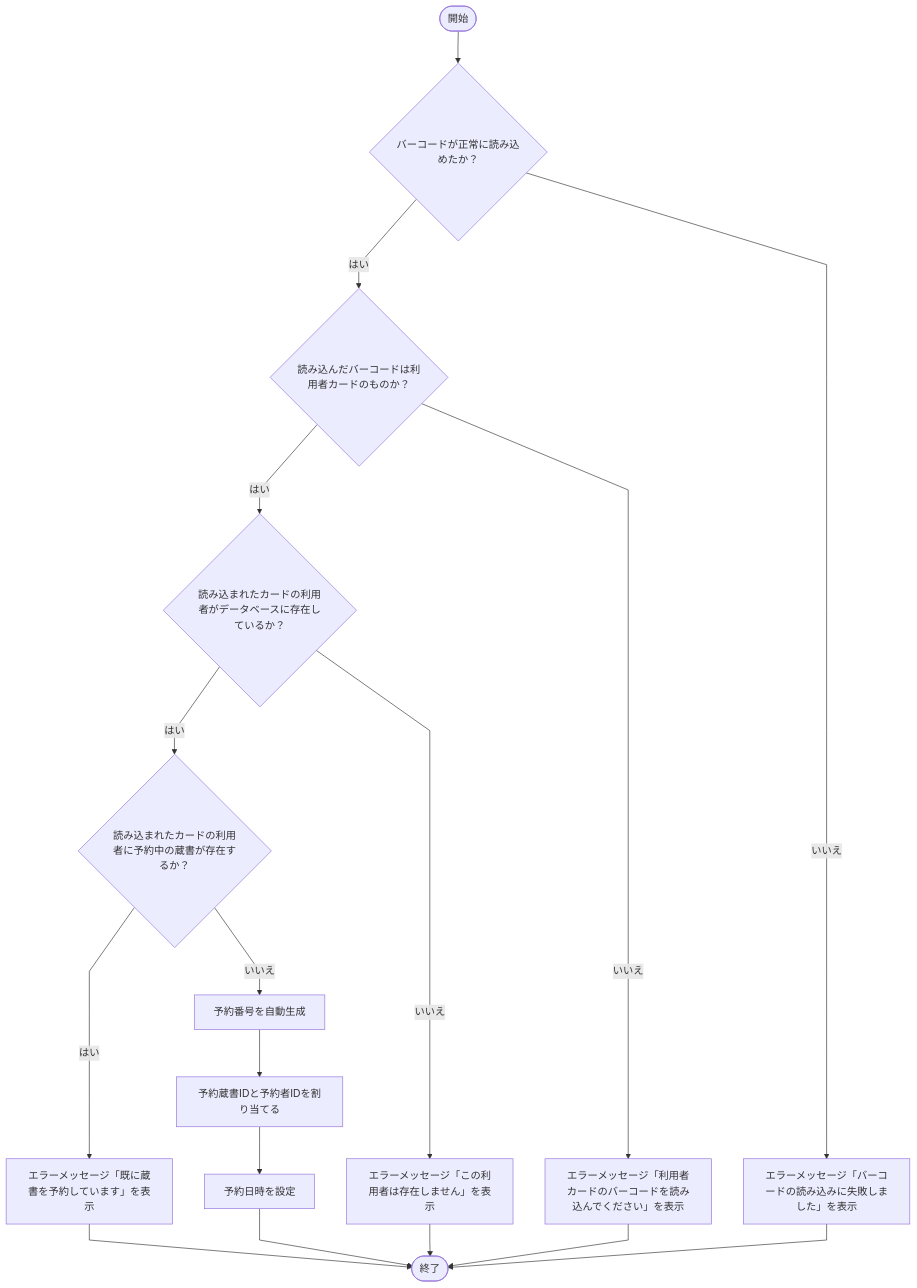
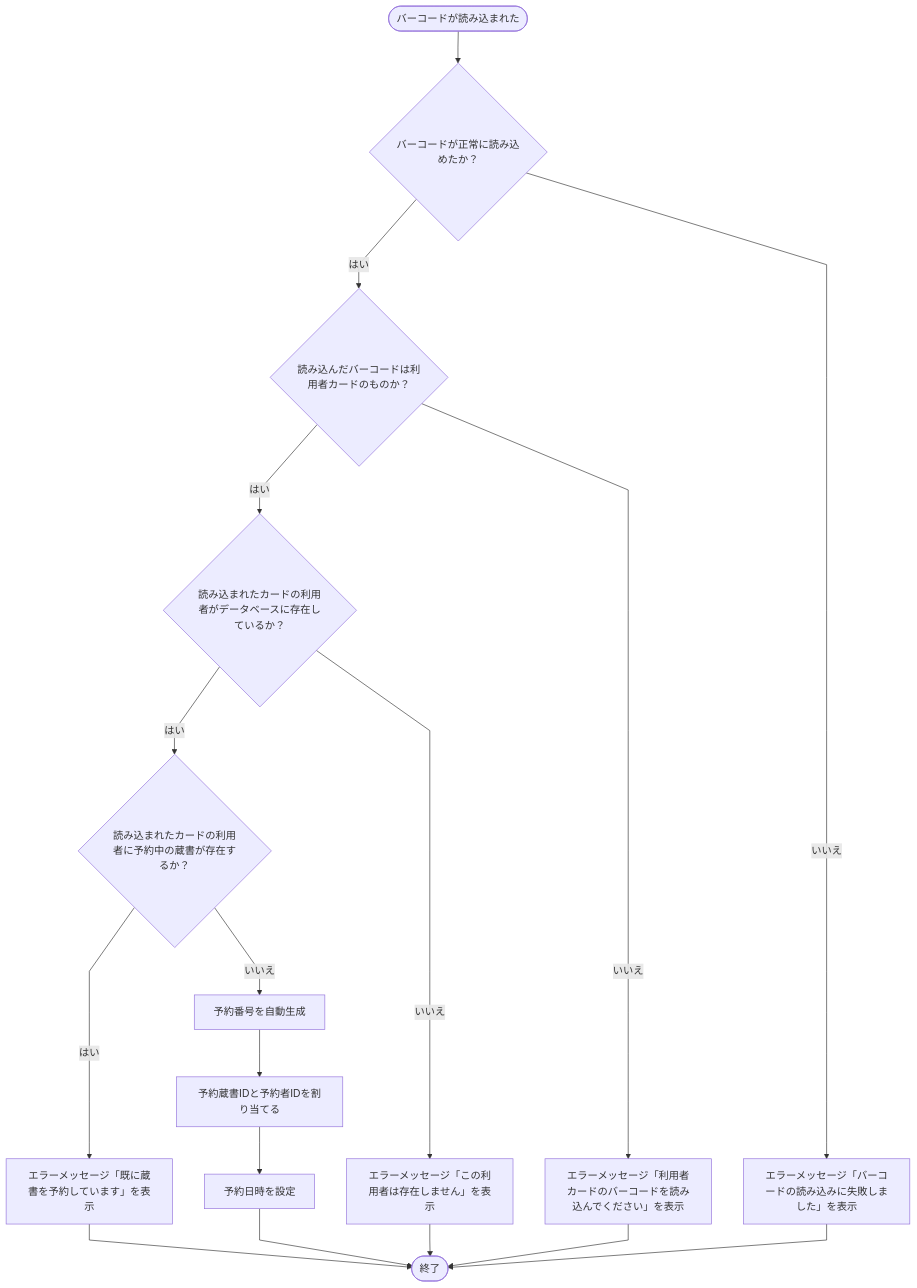
Diagram 19 of 20 in 詳細設計書/7班/mermaid.md (rs002421-creator/-), drawn with Mermaid before and after one commit. The commit also changed other lines of this file and 1 other file, not shown here.

````diff
--- a/詳細設計書/7班/mermaid.md
+++ b/詳細設計書/7班/mermaid.md
@@ -440,27 +440,27 @@
 ```mermaid
 %%{init: {'flowchart': {'curve': 'linear'}}}%%
 flowchart TD
 
-A([開始]) --> B{バーコードが正常に読み込めたか？}
+A([バーコードが読み込まれた]) --> B{バーコードが正常に読み込めたか？}
 
 B --> |はい|C{読み込んだバーコードは利用者カードのものか？}
 B --> |いいえ|D[エラーメッセージ「バーコードの読み込みに失敗しました」を表示]
 
 C --> |はい|E{読み込まれたカードの利用者がデータベースに存在しているか？}
 C --> |いいえ|F[エラーメッセージ「利用者カードのバーコードを読み込んでください」を表示]
 
 E --> |はい|G{読み込まれたカードの利用者に予約中の蔵書が存在するか？}
 E --> |いいえ|H[エラーメッセージ「この利用者は存在しません」を表示]
 
 G --> |はい|I[エラーメッセージ「既に蔵書を予約しています」を表示]
 G --> |いいえ|J[予約番号を自動生成]
 
 J --> K[予約蔵書IDと予約者IDを割り当てる]
 K --> L[予約日時を設定]
 
 L --> M([終了])
 D --> M
 F --> M
 H --> M
 I --> M
 ```
````
